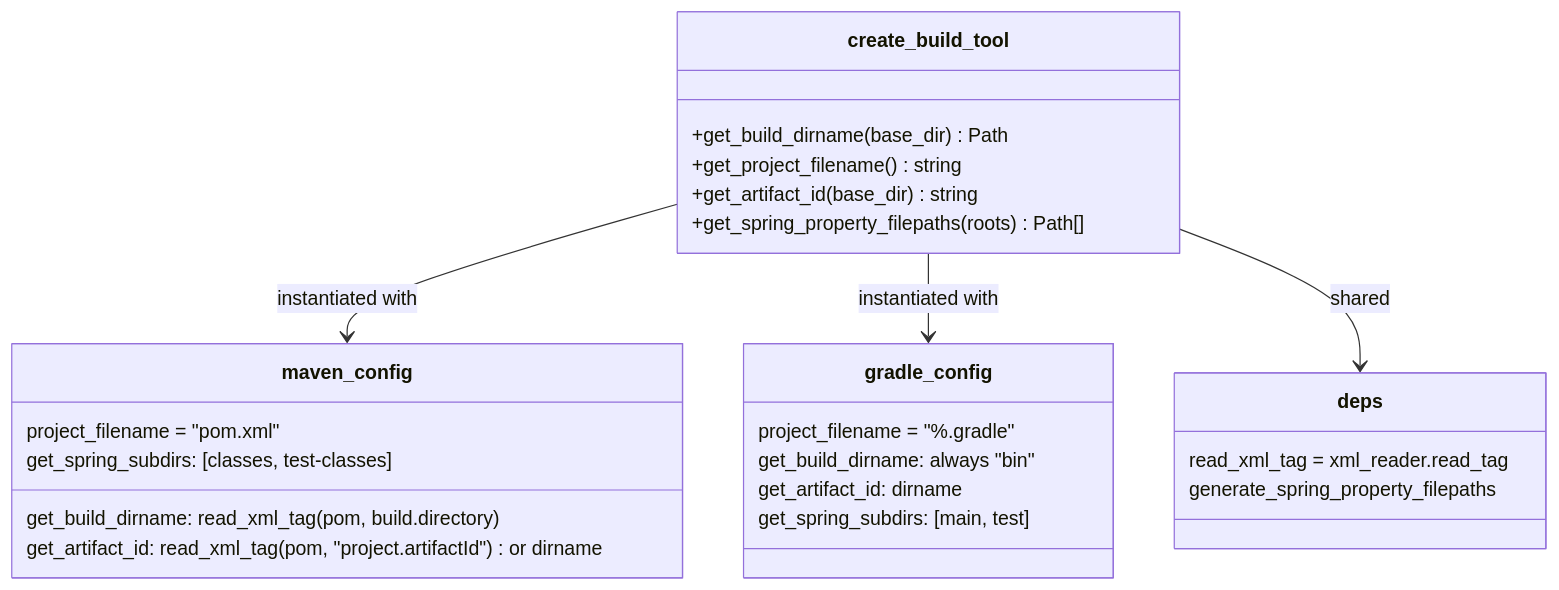
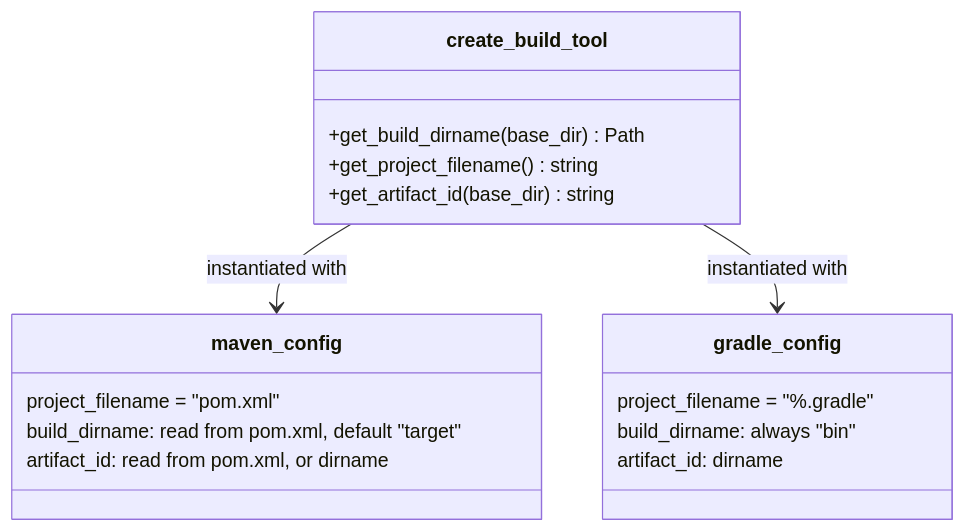
The fifth of 5 diagrams in ARCHITECTURE.md (rcasia/neotest-java), drawn with Mermaid before and after one commit. The commit also changed other lines of this file, not shown here.

First line of the commit message:
docs: restructure ARCHITECTURE.md around flows, drop layering diagram

````diff
--- a/ARCHITECTURE.md
+++ b/ARCHITECTURE.md
@@ -375,28 +203,20 @@
 ```mermaid
 classDiagram
     class create_build_tool {
         +get_build_dirname(base_dir) Path
         +get_project_filename() string
         +get_artifact_id(base_dir) string
-        +get_spring_property_filepaths(roots) Path[]
     }
     class maven_config {
         project_filename = "pom.xml"
-        get_build_dirname: read_xml_tag(pom, build.directory)
-        get_artifact_id: read_xml_tag(pom, "project.artifactId") or dirname
-        get_spring_subdirs: [classes, test-classes]
+        build_dirname: read from pom.xml, default "target"
+        artifact_id: read from pom.xml, or dirname
     }
     class gradle_config {
         project_filename = "%.gradle"
-        get_build_dirname: always "bin"
-        get_artifact_id: dirname
-        get_spring_subdirs: [main, test]
-    }
-    class deps {
-        read_xml_tag = xml_reader.read_tag
-        generate_spring_property_filepaths
+        build_dirname: always "bin"
+        artifact_id: dirname
     }
     create_build_tool --> maven_config : instantiated with
     create_build_tool --> gradle_config : instantiated with
-    create_build_tool --> deps : shared
 ```
````
